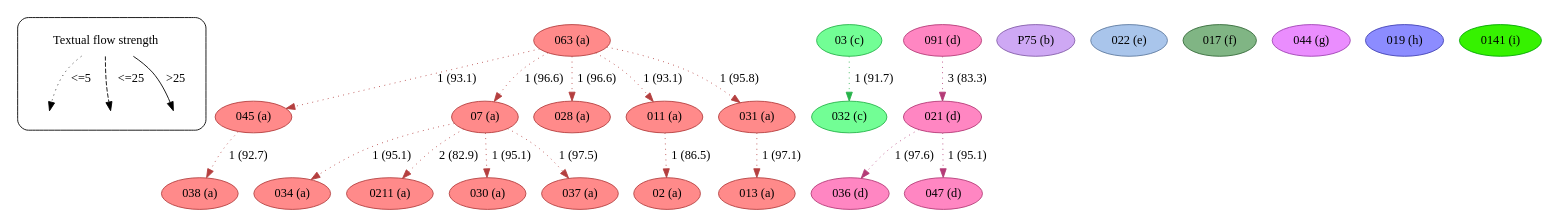
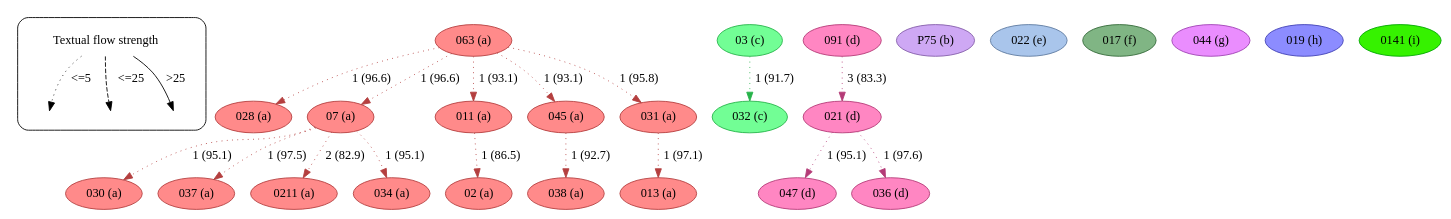
The diagram in example/c499/textual_flow_23_4-10_c499.dot (edmondac/CBGM), drawn with Graphviz before and after one commit. The commit also changed other lines of this file and 164 other files, not shown here.

```diff
--- a/example/c499/textual_flow_23_4-10_c499.dot
+++ b/example/c499/textual_flow_23_4-10_c499.dot
@@ -1,174 +1,174 @@
 strict digraph  {
 	node [label="\N"];
 	subgraph cluster_legend {
 		graph [style=rounded];
 		leg_s		 [label="Textual flow strength",
 			shape=plaintext];
 		leg_e1		 [fixedsize=True,
 			height=0.2,
 			label="",
 			style=invis];
 		leg_s -> leg_e1		 [label="<=5  ",
 			style=dotted];
 		leg_e2		 [fixedsize=True,
 			height=0.2,
 			label="",
 			style=invis];
 		leg_s -> leg_e2		 [label="  <=25",
 			style=dashed];
 		leg_e3		 [fixedsize=True,
 			height=0.2,
 			label="",
 			style=invis];
 		leg_s -> leg_e3		 [label=">25",
 			style=solid];
 	}
 	063	 [color="#b43f3f",
 		fillcolor="#FF8A8A",
 		label="063 (a)",
 		style=filled];
-	045	 [color="#b43f3f",
+	028	 [color="#b43f3f",
 		fillcolor="#FF8A8A",
-		label="045 (a)",
+		label="028 (a)",
 		style=filled];
-	063 -> 045	 [color="#b43f3f",
-		label="1 (93.1)",
+	063 -> 028	 [color="#b43f3f",
+		label="1 (96.6)",
 		style=dotted];
 	07	 [color="#b43f3f",
 		fillcolor="#FF8A8A",
 		label="07 (a)",
 		style=filled];
 	063 -> 07	 [color="#b43f3f",
-		label="1 (96.6)",
-		style=dotted];
-	028	 [color="#b43f3f",
-		fillcolor="#FF8A8A",
-		label="028 (a)",
-		style=filled];
-	063 -> 028	 [color="#b43f3f",
 		label="1 (96.6)",
 		style=dotted];
 	011	 [color="#b43f3f",
 		fillcolor="#FF8A8A",
 		label="011 (a)",
 		style=filled];
 	063 -> 011	 [color="#b43f3f",
 		label="1 (93.1)",
 		style=dotted];
+	045	 [color="#b43f3f",
+		fillcolor="#FF8A8A",
+		label="045 (a)",
+		style=filled];
+	063 -> 045	 [color="#b43f3f",
+		label="1 (93.1)",
+		style=dotted];
 	031	 [color="#b43f3f",
 		fillcolor="#FF8A8A",
 		label="031 (a)",
 		style=filled];
 	063 -> 031	 [color="#b43f3f",
 		label="1 (95.8)",
-		style=dotted];
-	038	 [color="#b43f3f",
-		fillcolor="#FF8A8A",
-		label="038 (a)",
-		style=filled];
-	045 -> 038	 [color="#b43f3f",
-		label="1 (92.7)",
-		style=dotted];
-	034	 [color="#b43f3f",
-		fillcolor="#FF8A8A",
-		label="034 (a)",
-		style=filled];
-	07 -> 034	 [color="#b43f3f",
-		label="1 (95.1)",
-		style=dotted];
-	0211	 [color="#b43f3f",
-		fillcolor="#FF8A8A",
-		label="0211 (a)",
-		style=filled];
-	07 -> 0211	 [color="#b43f3f",
-		label="2 (82.9)",
 		style=dotted];
 	030	 [color="#b43f3f",
 		fillcolor="#FF8A8A",
 		label="030 (a)",
 		style=filled];
 	07 -> 030	 [color="#b43f3f",
 		label="1 (95.1)",
 		style=dotted];
 	037	 [color="#b43f3f",
 		fillcolor="#FF8A8A",
 		label="037 (a)",
 		style=filled];
 	07 -> 037	 [color="#b43f3f",
 		label="1 (97.5)",
 		style=dotted];
+	0211	 [color="#b43f3f",
+		fillcolor="#FF8A8A",
+		label="0211 (a)",
+		style=filled];
+	07 -> 0211	 [color="#b43f3f",
+		label="2 (82.9)",
+		style=dotted];
+	034	 [color="#b43f3f",
+		fillcolor="#FF8A8A",
+		label="034 (a)",
+		style=filled];
+	07 -> 034	 [color="#b43f3f",
+		label="1 (95.1)",
+		style=dotted];
 	02	 [color="#b43f3f",
 		fillcolor="#FF8A8A",
 		label="02 (a)",
 		style=filled];
 	011 -> 02	 [color="#b43f3f",
 		label="1 (86.5)",
+		style=dotted];
+	038	 [color="#b43f3f",
+		fillcolor="#FF8A8A",
+		label="038 (a)",
+		style=filled];
+	045 -> 038	 [color="#b43f3f",
+		label="1 (92.7)",
 		style=dotted];
 	013	 [color="#b43f3f",
 		fillcolor="#FF8A8A",
 		label="013 (a)",
 		style=filled];
 	031 -> 013	 [color="#b43f3f",
 		label="1 (97.1)",
 		style=dotted];
 	03	 [color="#27b34a",
 		fillcolor="#72FE95",
 		label="03 (c)",
 		style=filled];
 	032	 [color="#27b34a",
 		fillcolor="#72FE95",
 		label="032 (c)",
 		style=filled];
 	03 -> 032	 [color="#27b34a",
 		label="1 (91.7)",
 		style=dotted];
-	091	 [color="#b43b77",
-		fillcolor="#FF86C2",
-		label="091 (d)",
-		style=filled];
 	021	 [color="#b43b77",
 		fillcolor="#FF86C2",
 		label="021 (d)",
 		style=filled];
-	091 -> 021	 [color="#b43b77",
-		label="3 (83.3)",
+	047	 [color="#b43b77",
+		fillcolor="#FF86C2",
+		label="047 (d)",
+		style=filled];
+	021 -> 047	 [color="#b43b77",
+		label="1 (95.1)",
 		style=dotted];
 	036	 [color="#b43b77",
 		fillcolor="#FF86C2",
 		label="036 (d)",
 		style=filled];
 	021 -> 036	 [color="#b43b77",
 		label="1 (97.6)",
 		style=dotted];
-	047	 [color="#b43b77",
+	091	 [color="#b43b77",
 		fillcolor="#FF86C2",
-		label="047 (d)",
+		label="091 (d)",
 		style=filled];
-	021 -> 047	 [color="#b43b77",
-		label="1 (95.1)",
+	091 -> 021	 [color="#b43b77",
+		label="3 (83.3)",
 		style=dotted];
 	P75	 [color="#835da9",
 		fillcolor="#CEA8F4",
 		label="P75 (b)",
 		style=filled];
 	022	 [color="#5e7aa0",
 		fillcolor="#A9C5EB",
 		label="022 (e)",
 		style=filled];
 	017	 [color="#356a39",
 		fillcolor="#80B584",
 		label="017 (f)",
 		style=filled];
 	044	 [color="#9f42b3",
 		fillcolor="#EA8DFE",
 		label="044 (g)",
 		style=filled];
 	019	 [color="#4141b4",
 		fillcolor="#8C8CFF",
 		label="019 (h)",
 		style=filled];
 	0141	 [color="#00a700",
 		fillcolor="#36F200",
 		label="0141 (i)",
 		style=filled];
 }
```
